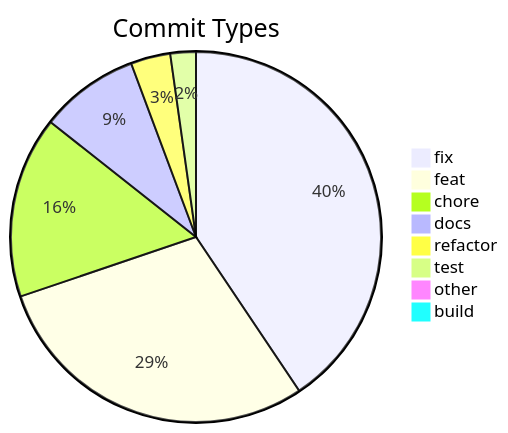
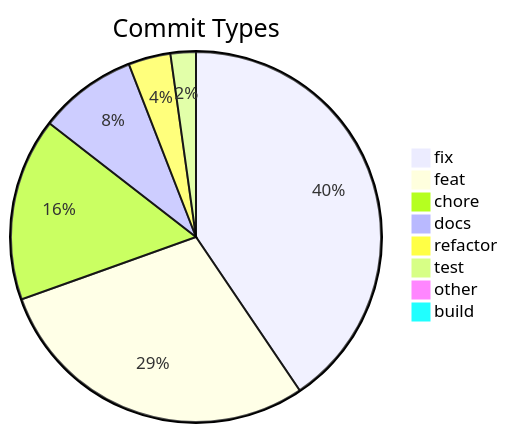
Before and after one commit to svenroth-ai/shipwright-webui: the diagram in .shipwright/compliance/change-history.md, drawn with Mermaid. The commit also changed other lines of this file and 1 other file, not shown here.

````diff
--- a/.shipwright/compliance/change-history.md
+++ b/.shipwright/compliance/change-history.md
@@ -8,11 +8,11 @@
 ```mermaid
 pie title Commit Types
-    "fix" : 164
+    "fix" : 165
     "feat" : 118
-    "chore" : 64
+    "chore" : 65
     "docs" : 35
-    "refactor" : 14
+    "refactor" : 15
     "test" : 9
     "other" : 4
     "build" : 1
 ```
````
